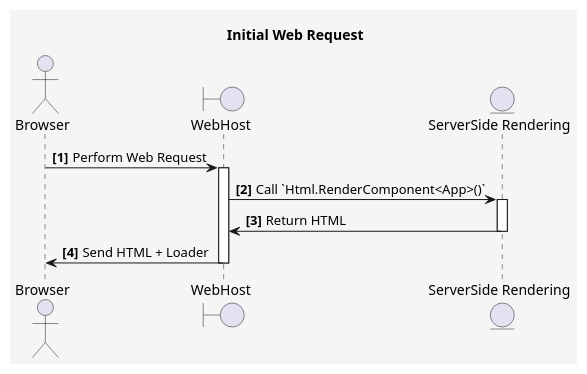
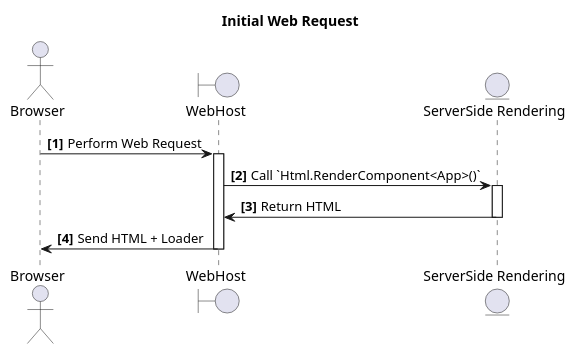
Before and after one commit to isc30/instant-blazor: the diagram in doc/diagrams/InitialWebRequest.puml, drawn with PlantUML. The commit also changed 3 other files, not shown here.

Commit message:
fix diagrams

```diff
--- a/doc/diagrams/InitialWebRequest.puml
+++ b/doc/diagrams/InitialWebRequest.puml
@@ -1,23 +1,21 @@
 @startuml
 
 title: Initial Web Request
 
 skinparam componentStyle uml2
-skinparam backgroundColor WhiteSmoke
-skinparam BoxPadding 100
 autonumber "<b>[0]"
 
 actor Browser
 boundary "WebHost" as Host
 entity "ServerSide Rendering" as SSR
 
 Browser -> Host : Perform Web Request
 activate Host
 Host -> SSR : Call `Html.RenderComponent<App>()`
 activate SSR
 SSR -> Host : Return HTML
 deactivate SSR
 Host -> Browser : Send HTML + Loader
 deactivate Host
 
 @enduml
```
